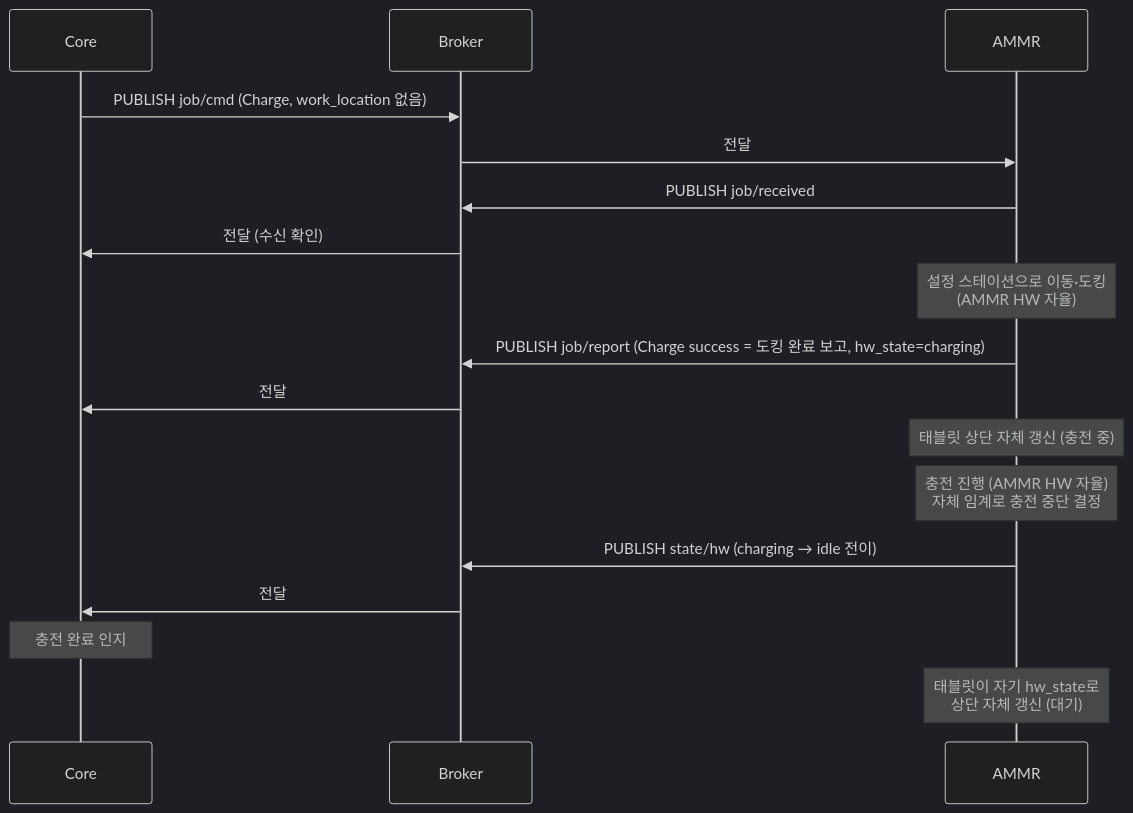
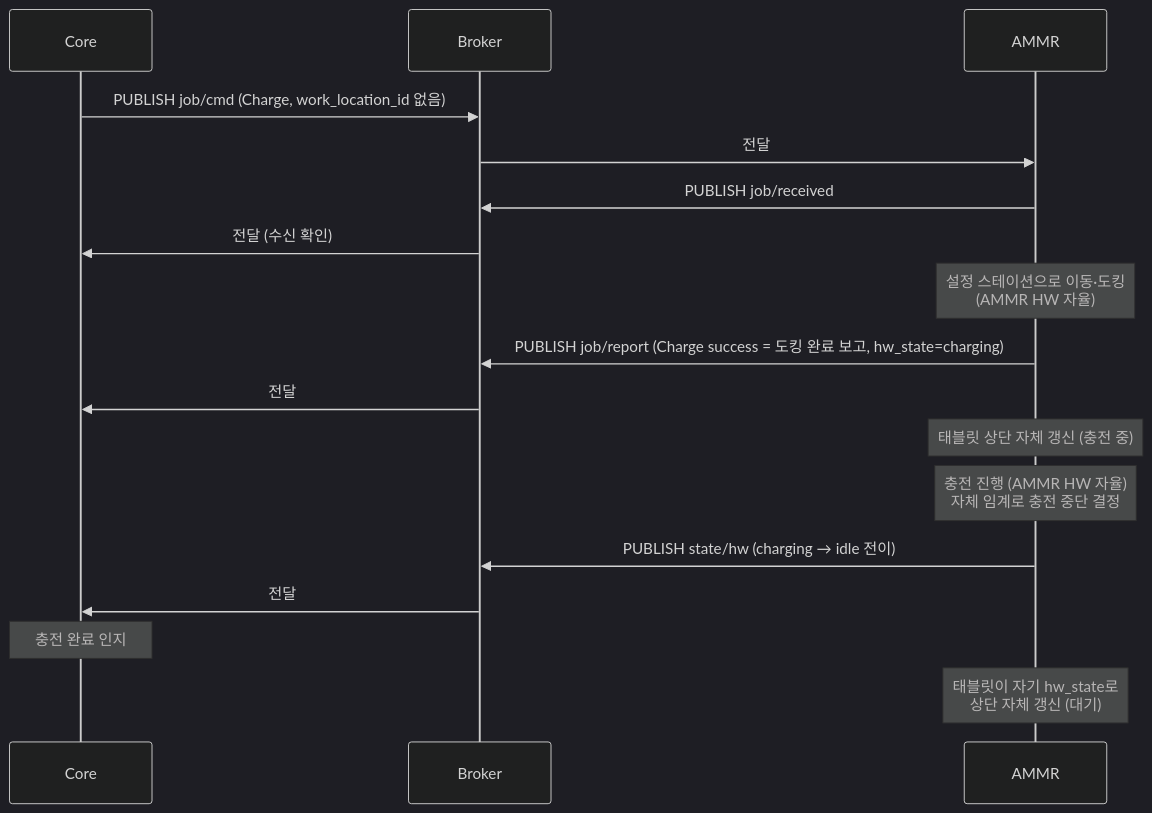
The eighth of 13 diagrams in docs/out/Core_ICD_AMMR.md (kimminsu0315/Core-Docs), drawn with Mermaid (dark theme) before and after one commit. The commit also changed other lines of this file and 10 other files, not shown here.

````diff
--- a/docs/out/Core_ICD_AMMR.md
+++ b/docs/out/Core_ICD_AMMR.md
@@ -1066,21 +1083,21 @@
 ```mermaid
 sequenceDiagram
     participant C as Core
     participant B as Broker
     participant A as AMMR
 
-    C->>B: PUBLISH job/cmd (Charge, work_location 없음)
+    C->>B: PUBLISH job/cmd (Charge, work_location_id 없음)
     B->>A: 전달
     A->>B: PUBLISH job/received
     B->>C: 전달 (수신 확인)
     Note over A: 설정 스테이션으로 이동·도킹<br/>(AMMR HW 자율)
     A->>B: PUBLISH job/report (Charge success = 도킹 완료 보고, hw_state=charging)
     B->>C: 전달
     Note over A: 태블릿 상단 자체 갱신 (충전 중)
 
     Note over A: 충전 진행 (AMMR HW 자율)<br/>자체 임계로 충전 중단 결정
     A->>B: PUBLISH state/hw (charging → idle 전이)
     B->>C: 전달
     Note over C: 충전 완료 인지
     Note over A: 태블릿이 자기 hw_state로<br/>상단 자체 갱신 (대기)
 ```
````
